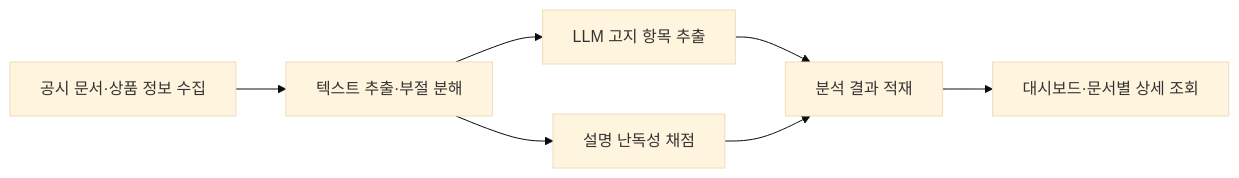
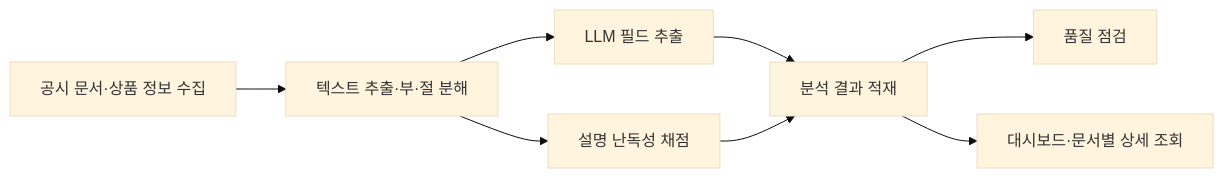
The diagram in profile/README.md (BOAZ-Signal-Team-26/.github), drawn with Mermaid (base theme) before and after one commit. The commit also changed other lines of this file, not shown here.

````diff
--- a/profile/README.md
+++ b/profile/README.md
@@ -53,9 +81,10 @@
 ```mermaid
 flowchart LR
-    A[공시 문서·상품 정보 수집] --> B[텍스트 추출·부절 분해]
-    B --> C[LLM 고지 항목 추출]
+    A[공시 문서·상품 정보 수집] --> B[텍스트 추출·부·절 분해]
+    B --> C[LLM 필드 추출]
     B --> D[설명 난독성 채점]
     C --> E[분석 결과 적재]
     D --> E
+    E --> Q[품질 점검]
     E --> F[대시보드·문서별 상세 조회]
 ```
````
